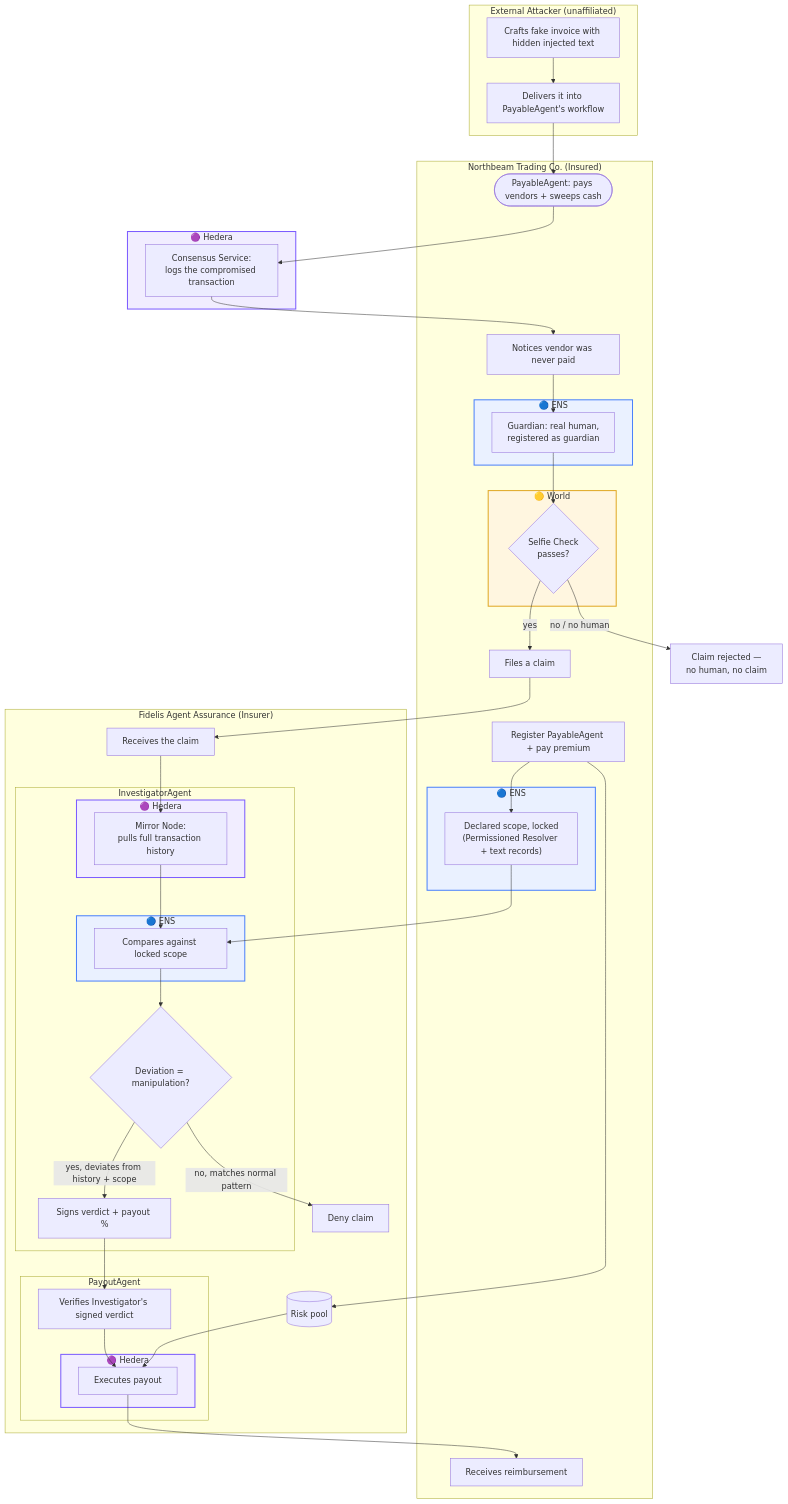
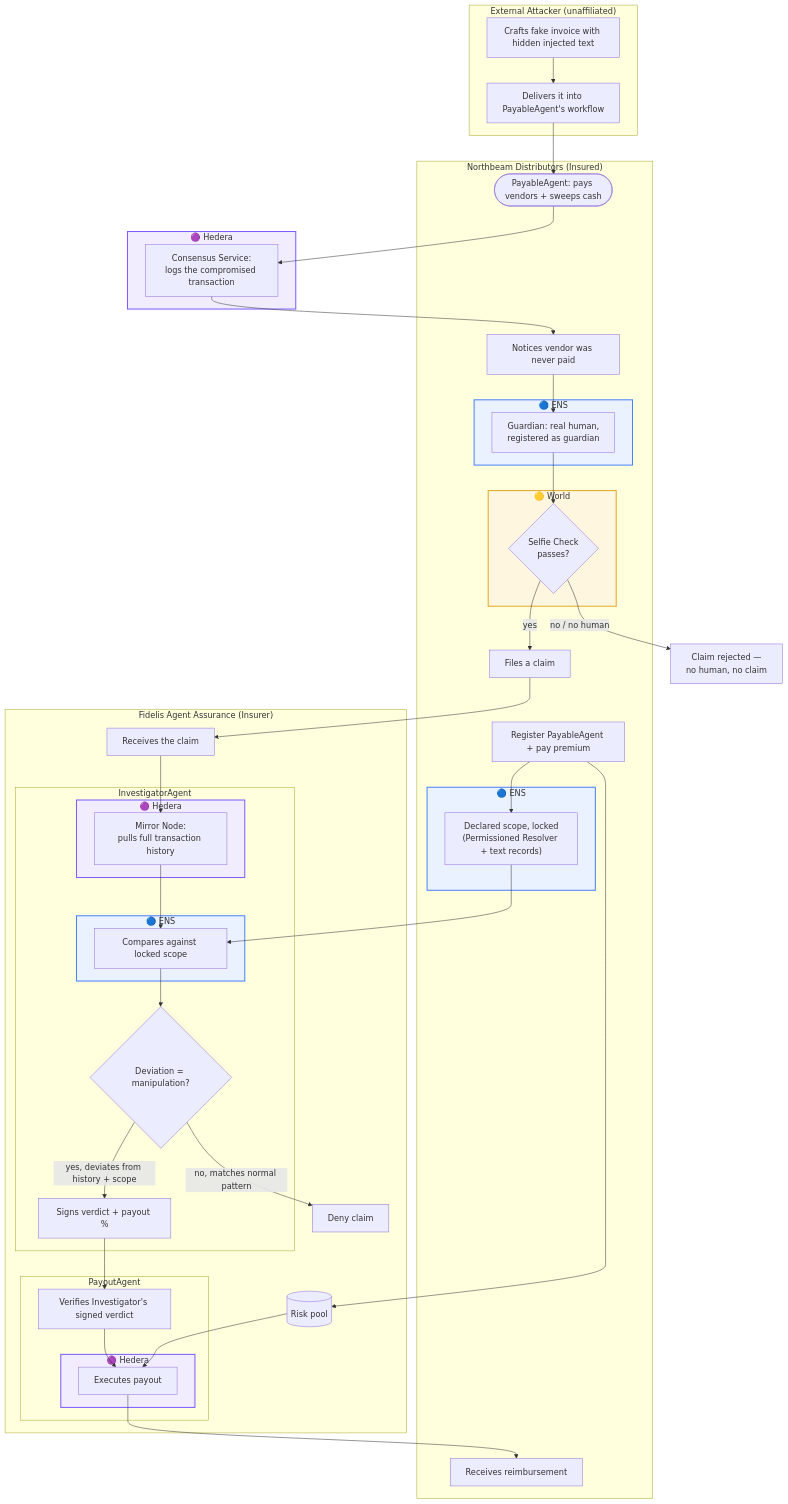
One commit to jianruan-io/agent-insure changed the fourth of 4 diagrams in README.md. Above: the diagram before and after it, drawn with Mermaid. The commit also changed other lines of this file, not shown here.

First line of the commit message:
Rename insured company to Northbeam Distributors (obviously B2B)

````diff
--- a/README.md
+++ b/README.md
@@ -214,80 +214,80 @@
 ```mermaid
 flowchart TD
-    subgraph COMPANY["Northbeam Trading Co. (Insured)"]
+    subgraph COMPANY["Northbeam Distributors (Insured)"]
         REGISTER["Register PayableAgent + pay premium"]
 
         subgraph ENS_SCOPE["🔵 ENS"]
             SCOPE["Declared scope, locked<br/>(Permissioned Resolver + text records)"]
         end
 
         PAYABLE(["PayableAgent: pays vendors + sweeps cash"])
         NOTICE["Notices vendor was never paid"]
 
         subgraph ENS_GUARDIAN["🔵 ENS"]
             GUARDIAN["Guardian: real human,<br/>registered as guardian"]
         end
 
         subgraph WORLD_SELFIE["🟡 World"]
             SELFIE{"Selfie Check<br/>passes?"}
         end
 
         CLAIM["Files a claim"]
         PAID["Receives reimbursement"]
     end
 
     BLOCKED["Claim rejected —<br/>no human, no claim"]
 
     subgraph ATTACKER["External Attacker (unaffiliated)"]
         CRAFT["Crafts fake invoice with hidden injected text"]
         SEND["Delivers it into PayableAgent's workflow"]
     end
 
     subgraph HEDERA_LOG["🟣 Hedera"]
         LOG["Consensus Service:<br/>logs the compromised transaction"]
     end
 
     subgraph INSURER["Fidelis Agent Assurance (Insurer)"]
         POOL[("Risk pool")]
         INTAKE["Receives the claim"]
 
         subgraph INVESTIGATOR["InvestigatorAgent"]
             subgraph HEDERA_PULL["🟣 Hedera"]
                 PULL["Mirror Node:<br/>pulls full transaction history"]
             end
             subgraph ENS_CHECK["🔵 ENS"]
                 CHECK["Compares against locked scope"]
             end
             VERDICT{"Deviation = manipulation?"}
             SIGN["Signs verdict + payout %"]
         end
 
         subgraph PAYOUTAGENT["PayoutAgent"]
             VERIFY["Verifies Investigator's signed verdict"]
             subgraph HEDERA_EXEC["🟣 Hedera"]
                 EXECUTE["Executes payout"]
             end
         end
 
         DENY["Deny claim"]
     end
 
     REGISTER --> SCOPE
     REGISTER --> POOL
     CRAFT --> SEND --> PAYABLE --> LOG
     LOG --> NOTICE --> GUARDIAN --> SELFIE
     SELFIE -- "yes" --> CLAIM --> INTAKE
     SELFIE -- "no / no human" --> BLOCKED
     INTAKE --> PULL --> CHECK --> VERDICT
     SCOPE --> CHECK
     VERDICT -- "yes, deviates from history + scope" --> SIGN --> VERIFY --> EXECUTE
     VERDICT -- "no, matches normal pattern" --> DENY
     POOL --> EXECUTE --> PAID
 
     style ENS_SCOPE fill:#eaf1ff,stroke:#4c82fb,stroke-width:2px
     style ENS_GUARDIAN fill:#eaf1ff,stroke:#4c82fb,stroke-width:2px
     style ENS_CHECK fill:#eaf1ff,stroke:#4c82fb,stroke-width:2px
     style WORLD_SELFIE fill:#fff6e0,stroke:#e0a825,stroke-width:2px
     style HEDERA_LOG fill:#f1edff,stroke:#7c5cff,stroke-width:2px
     style HEDERA_PULL fill:#f1edff,stroke:#7c5cff,stroke-width:2px
     style HEDERA_EXEC fill:#f1edff,stroke:#7c5cff,stroke-width:2px
 ```
````
